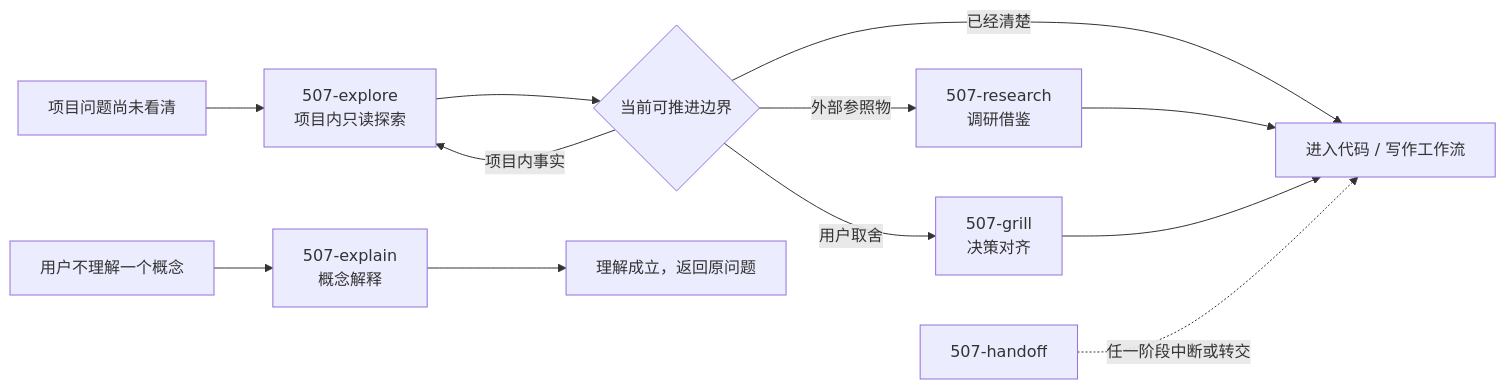
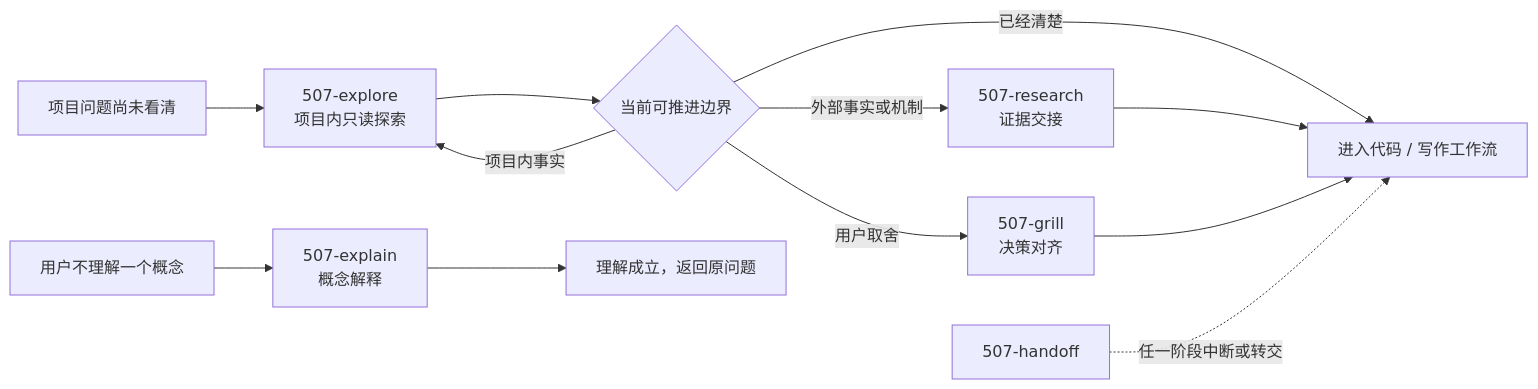
One commit to ssdiwu/507-skills changed the diagram in common/README.md. Above: the diagram before and after it, drawn with Mermaid. The commit also changed other lines of this file and 5 other files, not shown here.

````diff
--- a/common/README.md
+++ b/common/README.md
@@ -7,16 +7,16 @@
 ```mermaid
 flowchart LR
     start["项目问题尚未看清"] --> explore["507-explore<br/>项目内只读探索"]
     concept["用户不理解一个概念"] --> explain["507-explain<br/>概念解释"]
 
     explore --> frontier{"当前可推进边界"}
     frontier -->|"项目内事实"| explore
-    frontier -->|"外部参照物"| research["507-research<br/>调研借鉴"]
+    frontier -->|"外部事实或机制"| research["507-research<br/>证据交接"]
     frontier -->|"用户取舍"| grill["507-grill<br/>决策对齐"]
     frontier -->|"已经清楚"| downstream["进入代码 / 写作工作流"]
 
     research --> downstream
     grill --> downstream
     explain --> understood["理解成立，返回原问题"]
     handoff["507-handoff"] -. "任一阶段中断或转交" .-> downstream
 ```
````
